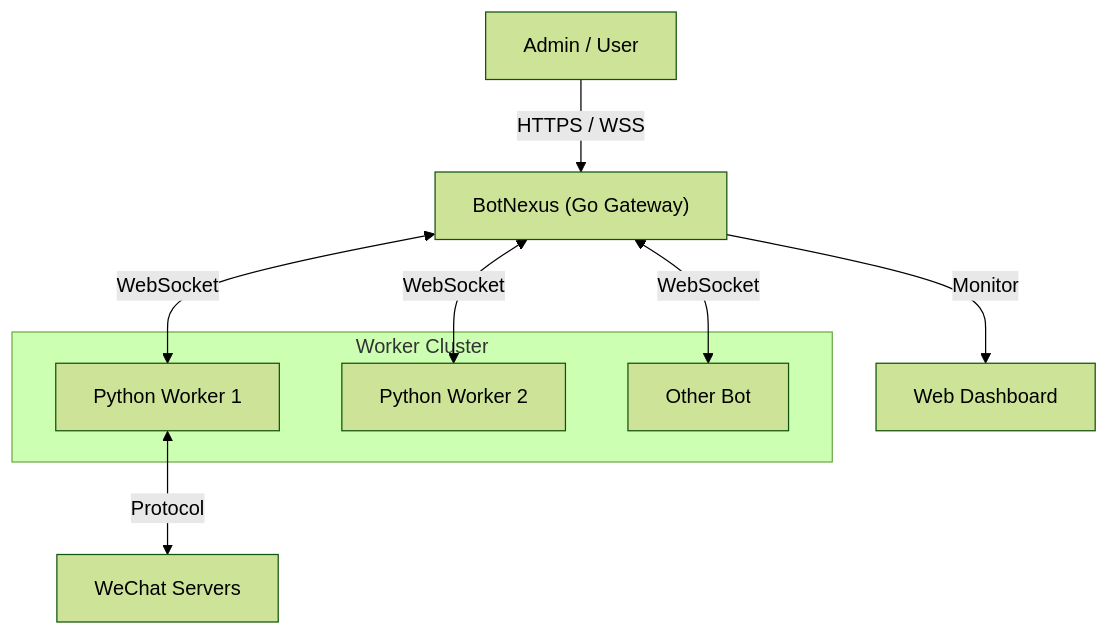
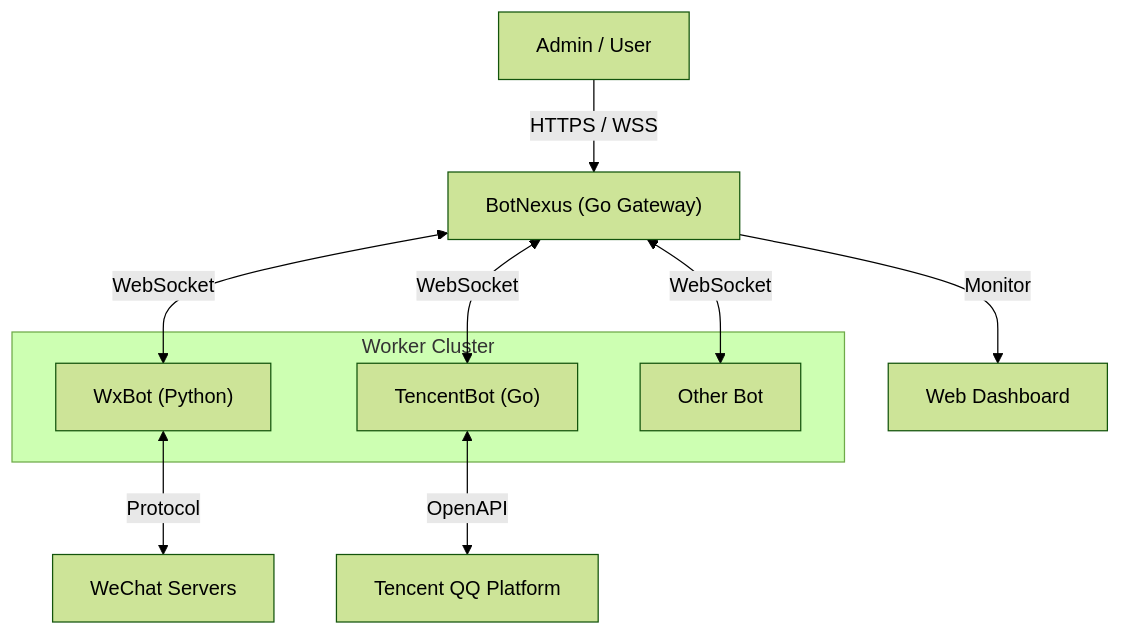
The diagram in README.md (changliaotong/BotMatrix), drawn with Mermaid (forest theme) before and after one commit. The commit also changed other lines of this file and 10 other files, not shown here.

Commit message:
Docs: Perfect documentation for TencentBot integration and GitHub release

````diff
--- a/README.md
+++ b/README.md
@@ -81,17 +97,18 @@
 ```mermaid
 graph TD
     User["Admin / User"] -->|HTTPS / WSS| Nexus["BotNexus (Go Gateway)"]
     Nexus -->|Monitor| Dashboard["Web Dashboard"]
     
     subgraph "Worker Cluster"
-        WxBot1["Python Worker 1"]
-        WxBot2["Python Worker 2"]
+        WxBot["WxBot (Python)"]
+        TencentBot["TencentBot (Go)"]
         OtherBot["Other Bot"]
     end
     
-    Nexus <-->|WebSocket| WxBot1
-    Nexus <-->|WebSocket| WxBot2
+    Nexus <-->|WebSocket| WxBot
+    Nexus <-->|WebSocket| TencentBot
     Nexus <-->|WebSocket| OtherBot
     
-    WxBot1 <-->|Protocol| WeChat["WeChat Servers"]
+    WxBot <-->|Protocol| WeChat["WeChat Servers"]
+    TencentBot <-->|OpenAPI| QQ["Tencent QQ Platform"]
 ```
````
